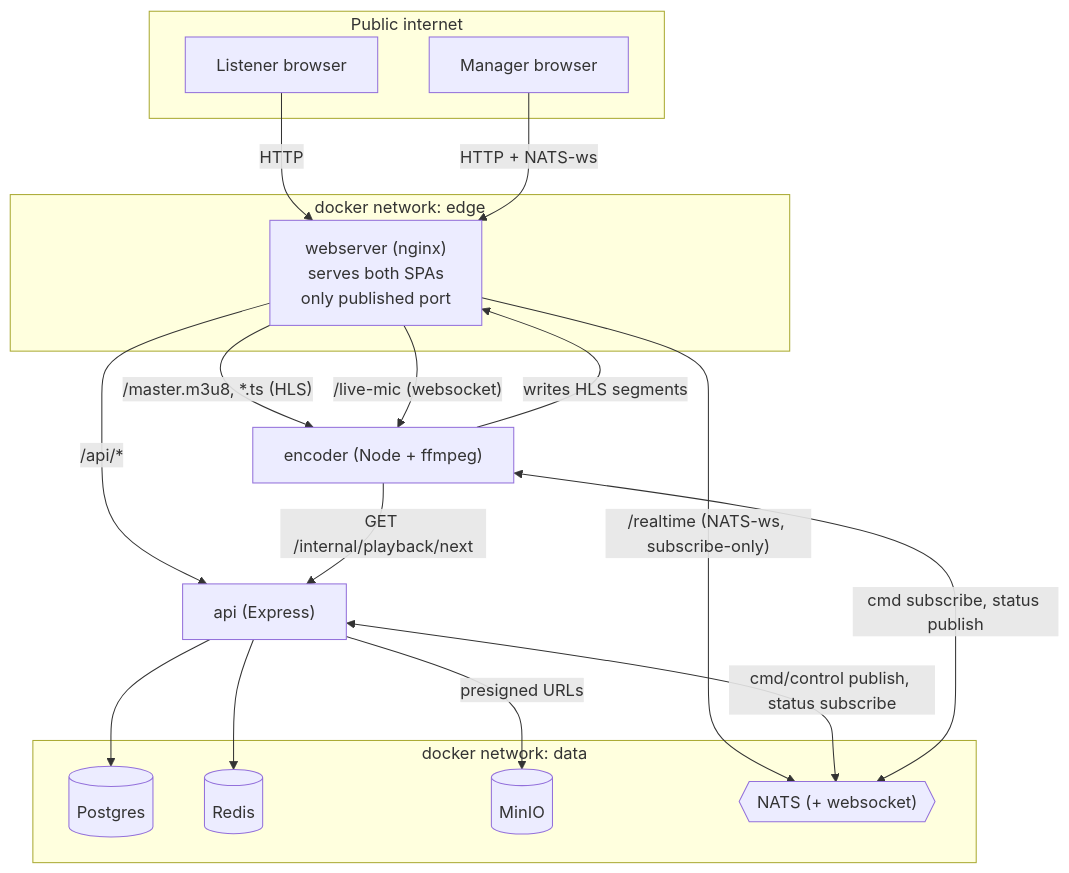
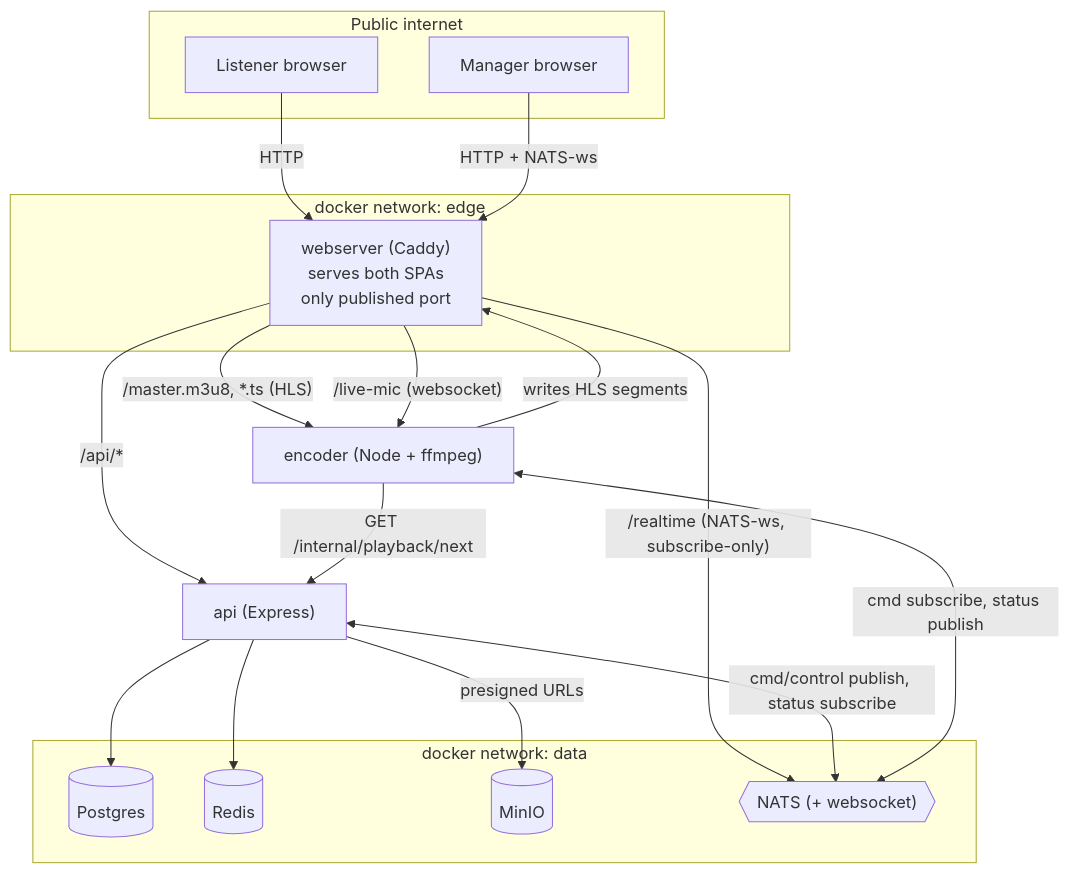
The first of 2 diagrams in README.md (SPECTADO/pure-online-radio), drawn with Mermaid before and after one commit. The commit also changed other lines of this file and 9 other files, not shown here.

First line of the commit message:
refactor: migrate from nginx to Caddy for webserver

````diff
--- a/README.md
+++ b/README.md
@@ -61,38 +61,38 @@
 ```mermaid
 flowchart TB
     subgraph Public["Public internet"]
         Listener["Listener browser"]
         Manager["Manager browser"]
     end
 
     subgraph Edge["docker network: edge"]
-        Web["webserver (nginx)\nserves both SPAs\nonly published port"]
+        Web["webserver (Caddy)\nserves both SPAs\nonly published port"]
     end
 
     subgraph Data["docker network: data"]
         PG[("Postgres")]
         Redis[("Redis")]
         Minio[("MinIO")]
         Nats{{"NATS (+ websocket)"}}
     end
 
     API["api (Express)"]
     Encoder["encoder (Node + ffmpeg)"]
 
     Listener -->|HTTP| Web
     Manager -->|HTTP + NATS-ws| Web
 
     Web -->|"/api/*"| API
     Web -->|"/master.m3u8, *.ts (HLS)"| Encoder
     Web -->|"/realtime (NATS-ws, subscribe-only)"| Nats
     Web -->|"/live-mic (websocket)"| Encoder
 
     API --> PG
     API --> Redis
     API -->|"presigned URLs"| Minio
     API <-->|"cmd/control publish, status subscribe"| Nats
 
     Encoder -->|"GET /internal/playback/next"| API
     Encoder <-->|"cmd subscribe, status publish"| Nats
     Encoder -->|"writes HLS segments"| Web
 ```
````
